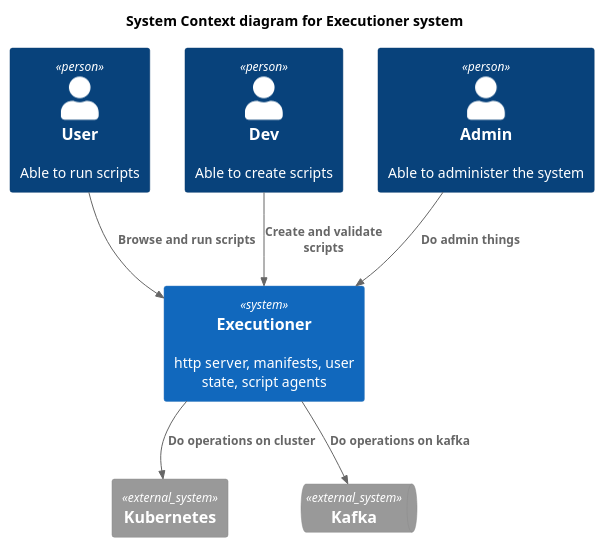
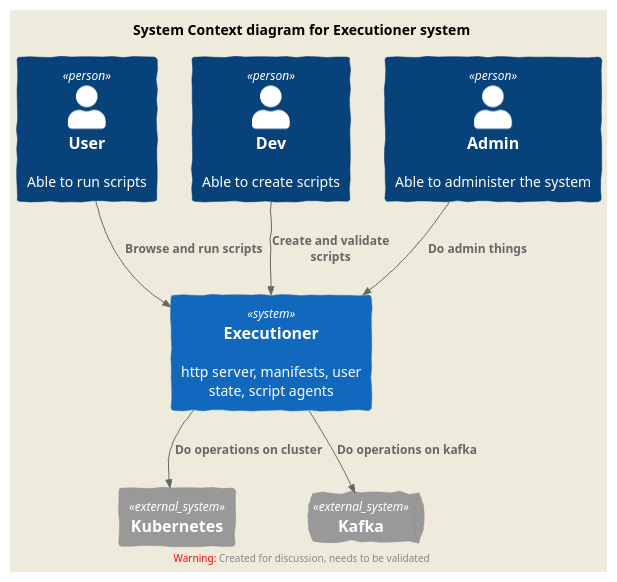
The diagram in docs/C4_plantuml/system_context.puml (tmcheung/Executioner), drawn with PlantUML before and after one commit.

Commit message:
Make system context into a sketch

```diff
--- a/docs/C4_plantuml/system_context.puml
+++ b/docs/C4_plantuml/system_context.puml
@@ -1,18 +1,19 @@
 @startuml
 !include <C4/C4_Context>
+    LAYOUT_AS_SKETCH()
     title System Context diagram for Executioner system
     Person(userA, "User", "Able to run scripts")
     Person(userB, "Dev", "Able to create scripts")
     Person(admin, "Admin", "Able to administer the system")
 
     System(executioner, "Executioner", "http server, manifests, user state, script agents")
     System_Ext(kubernetes, "Kubernetes")
     SystemQueue_Ext(kafka, "Kafka")
 
     Rel(userA, executioner, "Browse and run scripts")
     Rel(userB, executioner, "Create and validate scripts")
     Rel(admin, executioner, "Do admin things")
 
     Rel(executioner, kubernetes, "Do operations on cluster")
     Rel(executioner, kafka, "Do operations on kafka")
 @enduml
```
